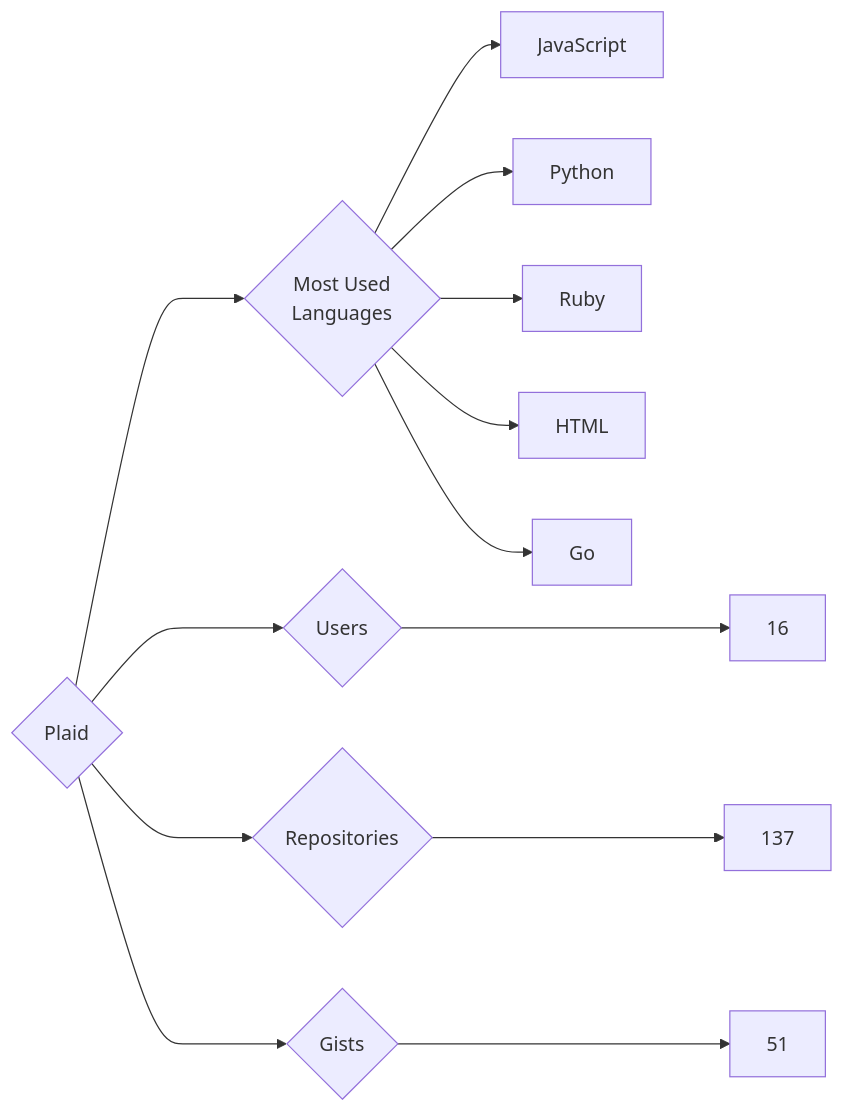
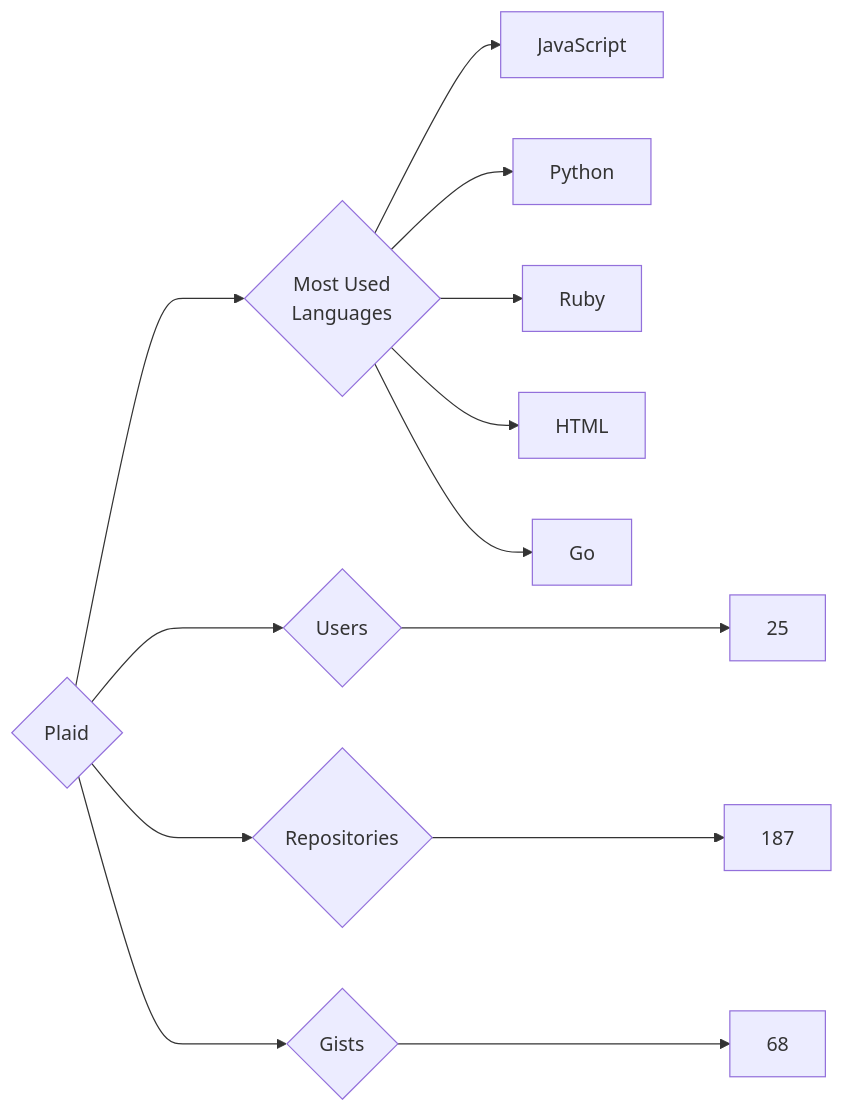
One commit to trickest/insiders changed the diagram in targets/Plaid/README.md. Above: the diagram before and after it, drawn with Mermaid. The commit also changed 964 other files, not shown here.

````diff
--- a/targets/Plaid/README.md
+++ b/targets/Plaid/README.md
@@ -3,13 +3,13 @@
 ```mermaid
 graph LR
 COMPANY_NAME{Plaid}
-COMPANY_NAME ---> U{Users} ---> UN[16]
-COMPANY_NAME ---> R{Repositories} ---> RN[137]
-COMPANY_NAME ---> G{Gists} ---> GN[51]
+COMPANY_NAME ---> U{Users} ---> UN[25]
+COMPANY_NAME ---> R{Repositories} ---> RN[187]
+COMPANY_NAME ---> G{Gists} ---> GN[68]
 COMPANY_NAME ---> ML{Most Used<br>Languages}
 ML --> JavaScript[JavaScript]
 ML --> Python[Python]
 ML --> Ruby[Ruby]
 ML --> HTML[HTML]
 ML --> Go[Go]
 ```
````
